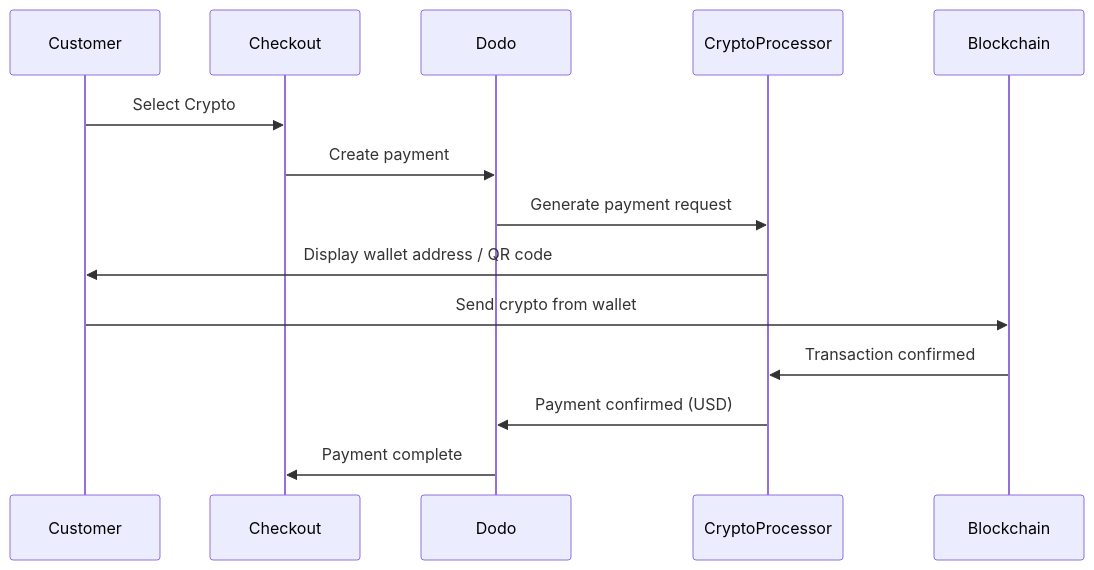
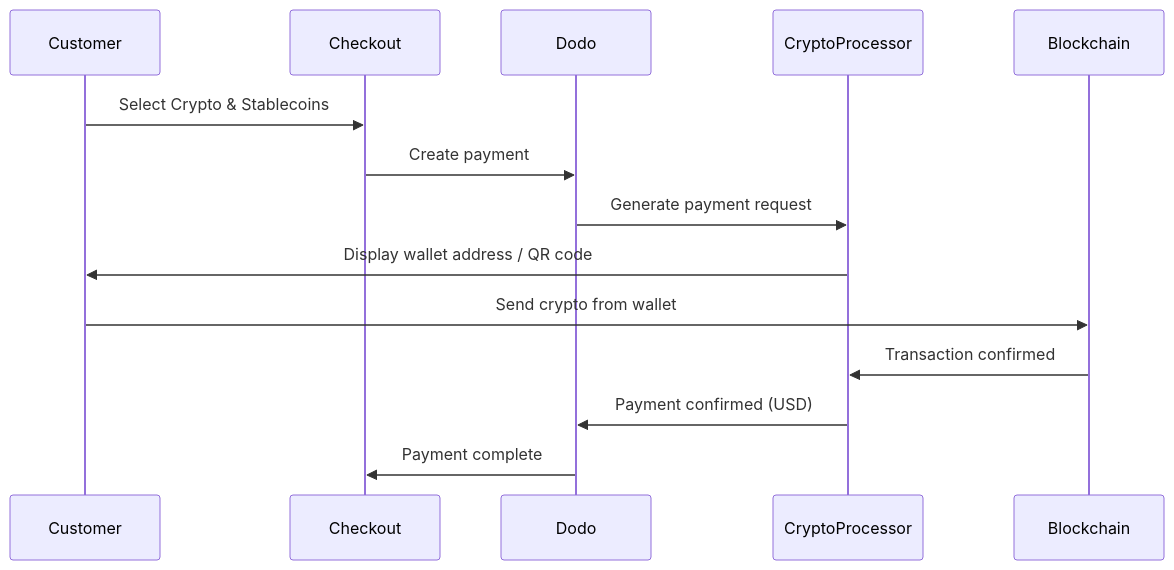
The diagram in features/payment-methods/crypto.mdx (dodopayments/dodo-docs), drawn with Mermaid before and after one commit. The commit also changed other lines of this file and 1 other file, not shown here.

Commit message:
rename Crypto payment method to Crypto & Stablecoins, exclude India

````diff
--- a/features/payment-methods/crypto.mdx
+++ b/features/payment-methods/crypto.mdx
@@ -39,17 +39,17 @@
 ```mermaid
 sequenceDiagram
     participant Customer
     participant Checkout
     participant Dodo
     participant CryptoProcessor
     participant Blockchain
 
-    Customer->>Checkout: Select Crypto
+    Customer->>Checkout: Select Crypto & Stablecoins
     Checkout->>Dodo: Create payment
     Dodo->>CryptoProcessor: Generate payment request
     CryptoProcessor->>Customer: Display wallet address / QR code
     Customer->>Blockchain: Send crypto from wallet
     Blockchain->>CryptoProcessor: Transaction confirmed
     CryptoProcessor->>Dodo: Payment confirmed (USD)
     Dodo->>Checkout: Payment complete
 ```
````
